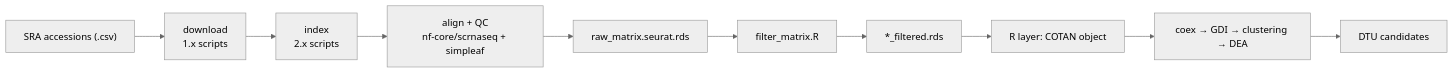
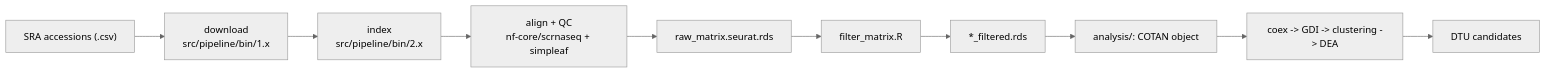
The diagram in README.md (ldelitala/sc-isoform-cotan), drawn with Mermaid (neutral theme) before and after one commit. The commit also changed other lines of this file and 20 other files, not shown here.

````diff
--- a/README.md
+++ b/README.md
@@ -20,12 +26,12 @@
 ```mermaid
 graph LR
-  A["SRA accessions (.csv)"] --> B["download<br/>1.x scripts"]
-  B --> C["index<br/>2.x scripts"]
+  A["SRA accessions (.csv)"] --> B["download<br/>src/pipeline/bin/1.x"]
+  B --> C["index<br/>src/pipeline/bin/2.x"]
   C --> D["align + QC<br/>nf-core/scrnaseq + simpleaf"]
   D --> E["raw_matrix.seurat.rds"]
   E --> F["filter_matrix.R"]
   F --> G["*_filtered.rds"]
-  G --> H["R layer: COTAN object"]
-  H --> I["coex → GDI → clustering → DEA"]
+  G --> H["analysis/: COTAN object"]
+  H --> I["coex -> GDI -> clustering -> DEA"]
   I --> J["DTU candidates"]
 ```
````
